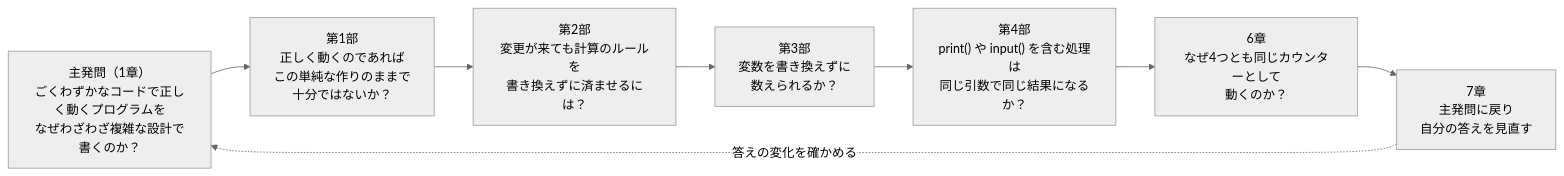
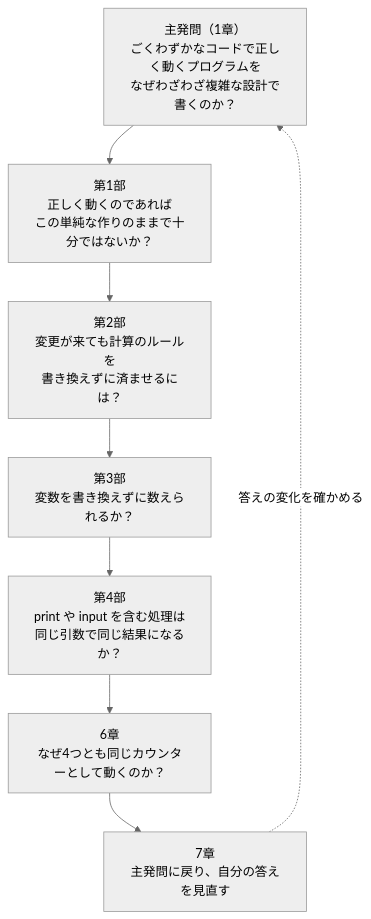
One commit to yasyasyu/counter changed the second of 2 diagrams in HATSUMON.md. Above: the diagram before and after it, drawn with Mermaid (neutral theme). The commit also changed other lines of this file and 1 other file, not shown here.

````diff
--- a/HATSUMON.md
+++ b/HATSUMON.md
@@ -114,12 +215,17 @@
 ```mermaid
-flowchart LR
-    main["主発問（1章）<br/>ごくわずかなコードで正しく動くプログラムを<br/>なぜわざわざ複雑な設計で書くのか？"]
-    q1["第1部<br/>正しく動くのであれば<br/>この単純な作りのままで<br/>十分ではないか？"]
+flowchart TB
+    q0["主発問（1章）<br/>ごくわずかなコードで正しく動くプログラムを<br/>なぜわざわざ複雑な設計で書くのか？"]
+    q1["第1部<br/>正しく動くのであれば<br/>この単純な作りのままで十分ではないか？"]
     q2["第2部<br/>変更が来ても計算のルールを<br/>書き換えずに済ませるには？"]
-    q3["第3部<br/>変数を書き換えずに<br/>数えられるか？"]
-    q4["第4部<br/>print() や input() を含む処理は<br/>同じ引数で同じ結果になるか？"]
-    q6["6章<br/>なぜ4つとも同じカウンターとして<br/>動くのか？"]
-    back["7章<br/>主発問に戻り<br/>自分の答えを見直す"]
-    main --> q1 --> q2 --> q3 --> q4 --> q6 --> back
-    back -. "答えの変化を確かめる" .-> main
+    q3["第3部<br/>変数を書き換えずに数えられるか？"]
+    q4["第4部<br/>print や input を含む処理は<br/>同じ引数で同じ結果になるか？"]
+    q6["6章<br/>なぜ4つとも同じカウンターとして動くのか？"]
+    q7["7章<br/>主発問に戻り、自分の答えを見直す"]
+    q0 --> q1
+    q1 --> q2
+    q2 --> q3
+    q3 --> q4
+    q4 --> q6
+    q6 --> q7
+    q7 -. "答えの変化を確かめる" .-> q0
 ```
````
